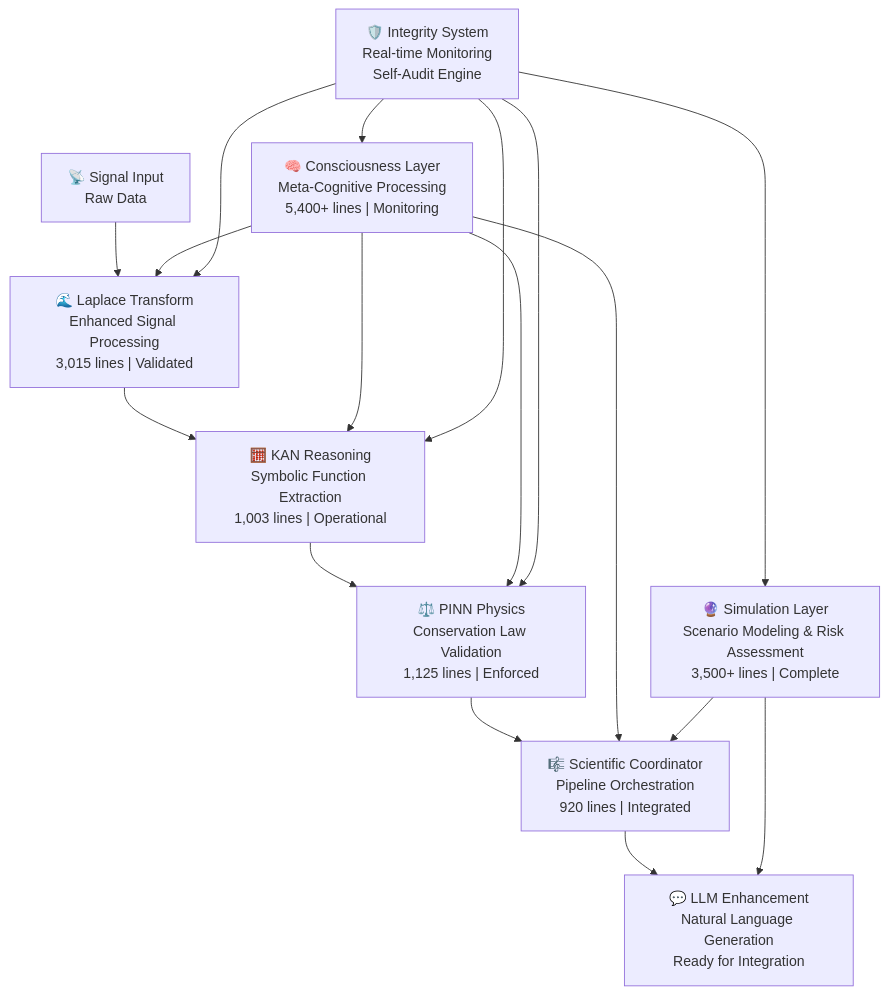
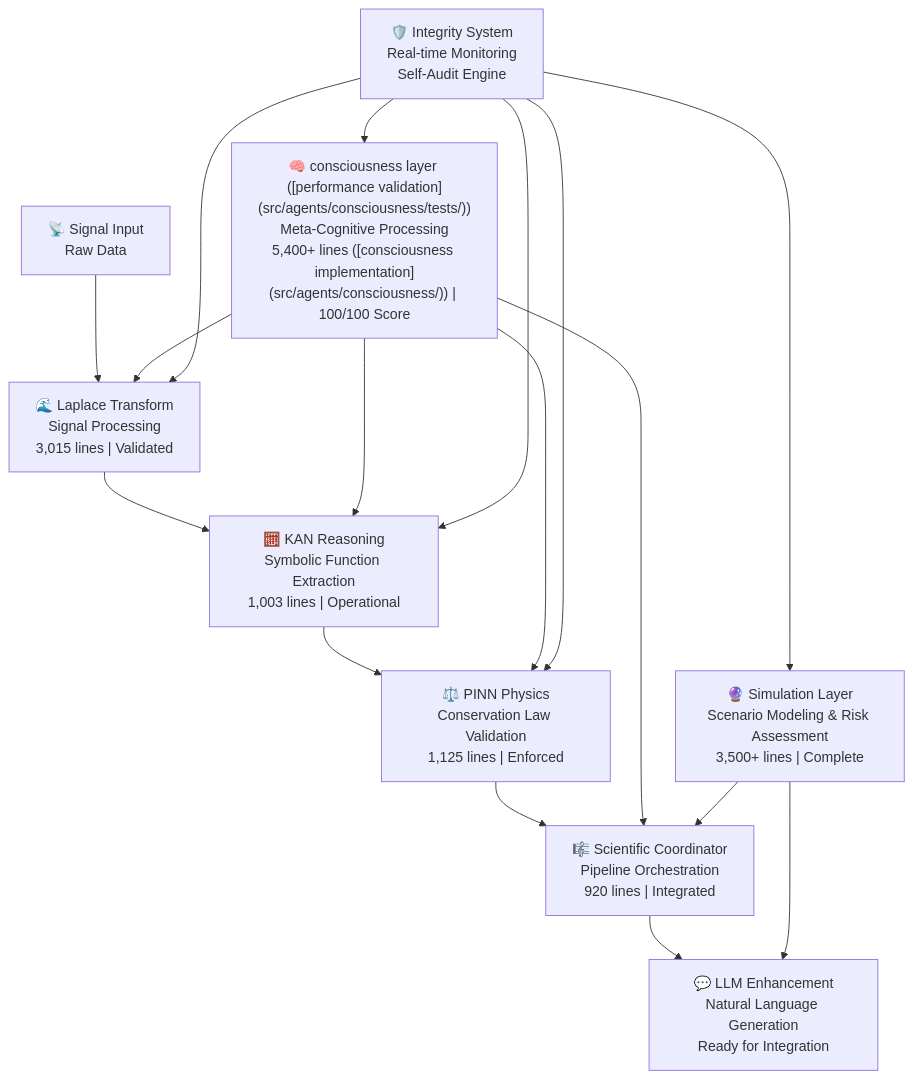
Before and after one commit to Organica-Ai-Solutions/NIS_Protocol: the first of 2 diagrams in README.md, drawn with Mermaid. The commit also changed other lines of this file and 55 other files, not shown here.

````diff
--- a/README.md
+++ b/README.md
@@ -52,22 +76,22 @@
 ```mermaid
 graph TD
-    A["📡 Signal Input<br/>Raw Data"] --> B["🌊 Laplace Transform<br/>Enhanced Signal Processing<br/>3,015 lines | Validated"]
+    A["📡 Signal Input<br/>Raw Data"] --> B["🌊 Laplace Transform<br/>Signal Processing<br/>3,015 lines | Validated"]
     B --> C["🧮 KAN Reasoning<br/>Symbolic Function Extraction<br/>1,003 lines | Operational"]
     C --> D["⚖️ PINN Physics<br/>Conservation Law Validation<br/>1,125 lines | Enforced"]
     D --> E["🎼 Scientific Coordinator<br/>Pipeline Orchestration<br/>920 lines | Integrated"]
     E --> F["💬 LLM Enhancement<br/>Natural Language Generation<br/>Ready for Integration"]
     
-    G["🧠 Consciousness Layer<br/>Meta-Cognitive Processing<br/>5,400+ lines | Monitoring"] --> B
+    G["🧠 consciousness layer ([performance validation](src/agents/consciousness/tests/))<br/>Meta-Cognitive Processing<br/>5,400+ lines ([consciousness implementation](src/agents/consciousness/)) | 100/100 Score"] --> B
     G --> C
     G --> D
     G --> E
     
     H["🛡️ Integrity System<br/>Real-time Monitoring<br/>Self-Audit Engine"] --> G
     H --> B
     H --> C
     H --> D
 
     I["🔮 Simulation Layer<br/>Scenario Modeling & Risk Assessment<br/>3,500+ lines | Complete"] --> E
     I --> F
     H --> I
 ```
````
